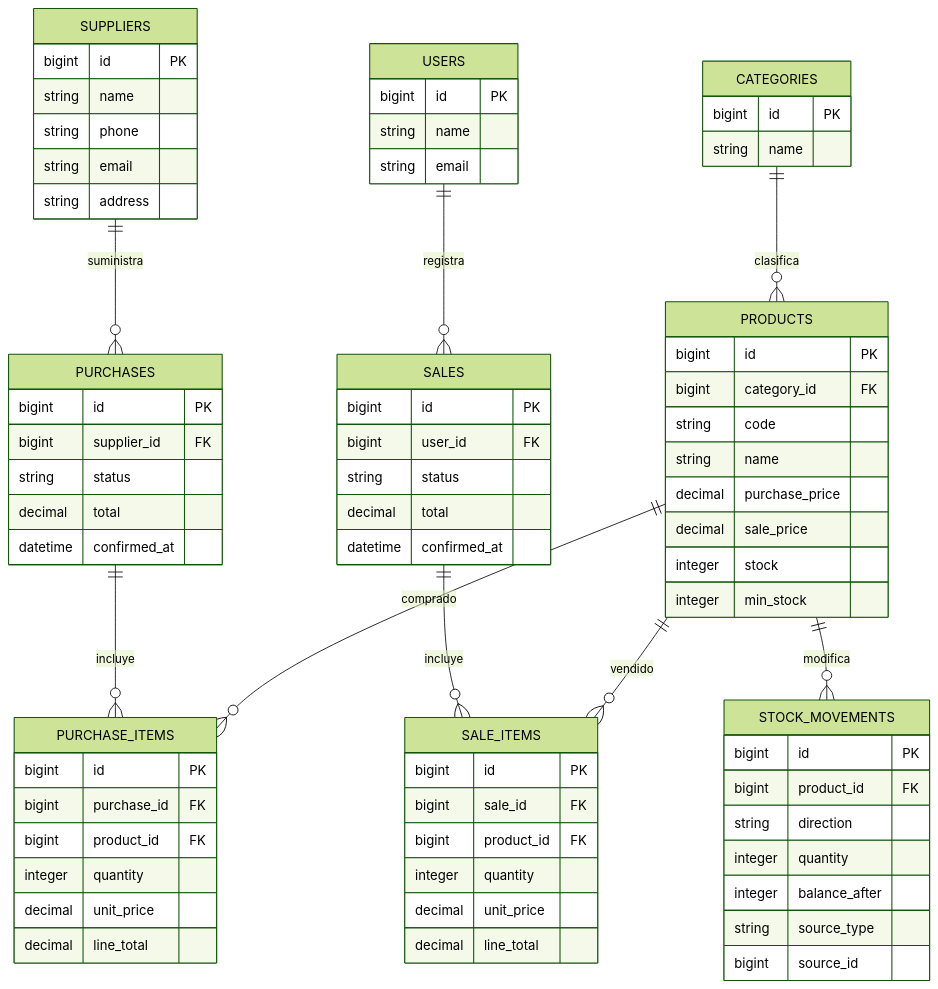
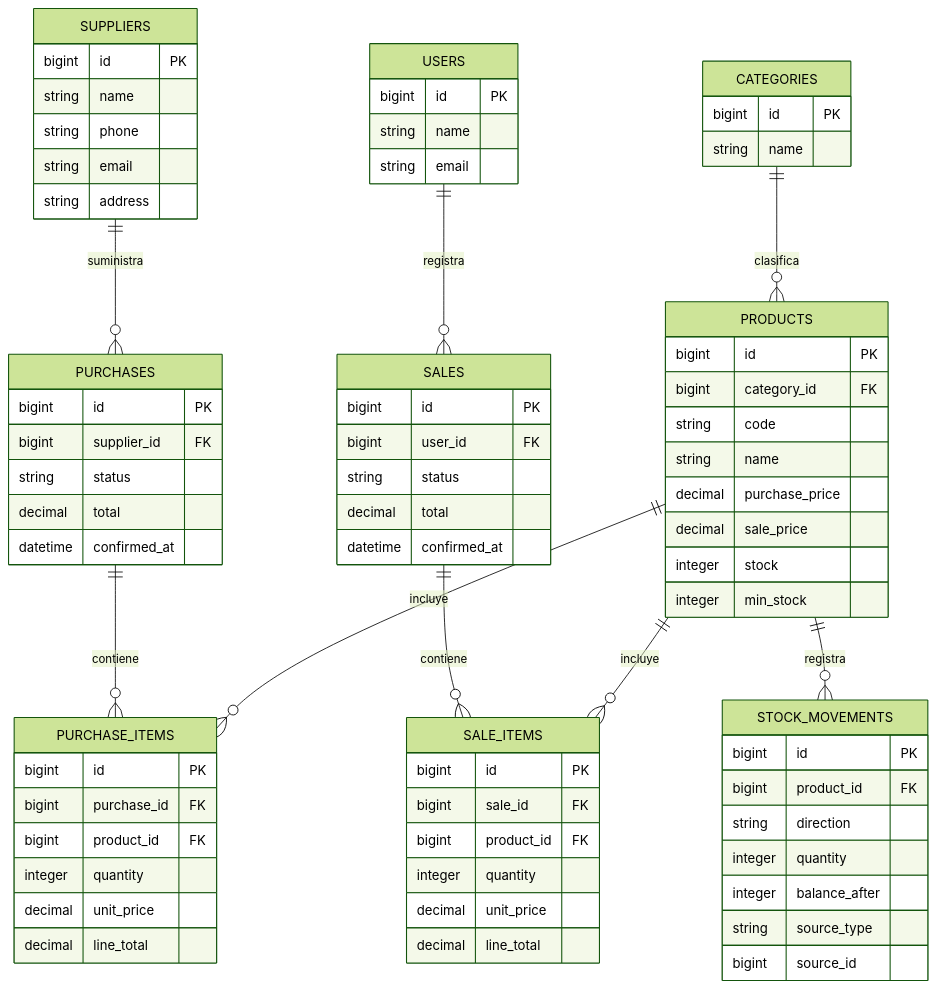
Before and after one commit to LuisHernandezDL/Farmagest: the diagram in docs/DIAGRAMA_ER.md, drawn with Mermaid (forest theme). The commit also changed other lines of this file, not shown here.

Commit message:
docs: corregir sintaxis Mermaid del diagrama ER

````diff
--- a/docs/DIAGRAMA_ER.md
+++ b/docs/DIAGRAMA_ER.md
@@ -5,21 +5,77 @@
-~~~mermaid
+```mermaid
 erDiagram
     CATEGORIES ||--o{ PRODUCTS : clasifica
     SUPPLIERS ||--o{ PURCHASES : suministra
-    PURCHASES ||--o{ PURCHASE_ITEMS : incluye
-    PRODUCTS ||--o{ PURCHASE_ITEMS : comprado
+    PURCHASES ||--o{ PURCHASE_ITEMS : contiene
+    PRODUCTS ||--o{ PURCHASE_ITEMS : incluye
     USERS ||--o{ SALES : registra
-    SALES ||--o{ SALE_ITEMS : incluye
-    PRODUCTS ||--o{ SALE_ITEMS : vendido
-    PRODUCTS ||--o{ STOCK_MOVEMENTS : modifica
+    SALES ||--o{ SALE_ITEMS : contiene
+    PRODUCTS ||--o{ SALE_ITEMS : incluye
+    PRODUCTS ||--o{ STOCK_MOVEMENTS : registra
 
-    CATEGORIES { bigint id PK string name }
-    PRODUCTS { bigint id PK bigint category_id FK string code string name decimal purchase_price decimal sale_price integer stock integer min_stock }
-    SUPPLIERS { bigint id PK string name string phone string email string address }
-    PURCHASES { bigint id PK bigint supplier_id FK string status decimal total datetime confirmed_at }
-    PURCHASE_ITEMS { bigint id PK bigint purchase_id FK bigint product_id FK integer quantity decimal unit_price decimal line_total }
-    SALES { bigint id PK bigint user_id FK string status decimal total datetime confirmed_at }
-    SALE_ITEMS { bigint id PK bigint sale_id FK bigint product_id FK integer quantity decimal unit_price decimal line_total }
-    STOCK_MOVEMENTS { bigint id PK bigint product_id FK string direction integer quantity integer balance_after string source_type bigint source_id }
-    USERS { bigint id PK string name string email }
-~~~
+    CATEGORIES {
+        bigint id PK
+        string name
+    }
+    PRODUCTS {
+        bigint id PK
+        bigint category_id FK
+        string code
+        string name
+        decimal purchase_price
+        decimal sale_price
+        integer stock
+        integer min_stock
+    }
+    SUPPLIERS {
+        bigint id PK
+        string name
+        string phone
+        string email
+        string address
+    }
+    PURCHASES {
+        bigint id PK
+        bigint supplier_id FK
+        string status
+        decimal total
+        datetime confirmed_at
+    }
+    PURCHASE_ITEMS {
+        bigint id PK
+        bigint purchase_id FK
+        bigint product_id FK
+        integer quantity
+        decimal unit_price
+        decimal line_total
+    }
+    SALES {
+        bigint id PK
+        bigint user_id FK
+        string status
+        decimal total
+        datetime confirmed_at
+    }
+    SALE_ITEMS {
+        bigint id PK
+        bigint sale_id FK
+        bigint product_id FK
+        integer quantity
+        decimal unit_price
+        decimal line_total
+    }
+    STOCK_MOVEMENTS {
+        bigint id PK
+        bigint product_id FK
+        string direction
+        integer quantity
+        integer balance_after
+        string source_type
+        bigint source_id
+    }
+    USERS {
+        bigint id PK
+        string name
+        string email
+    }
+```
````
